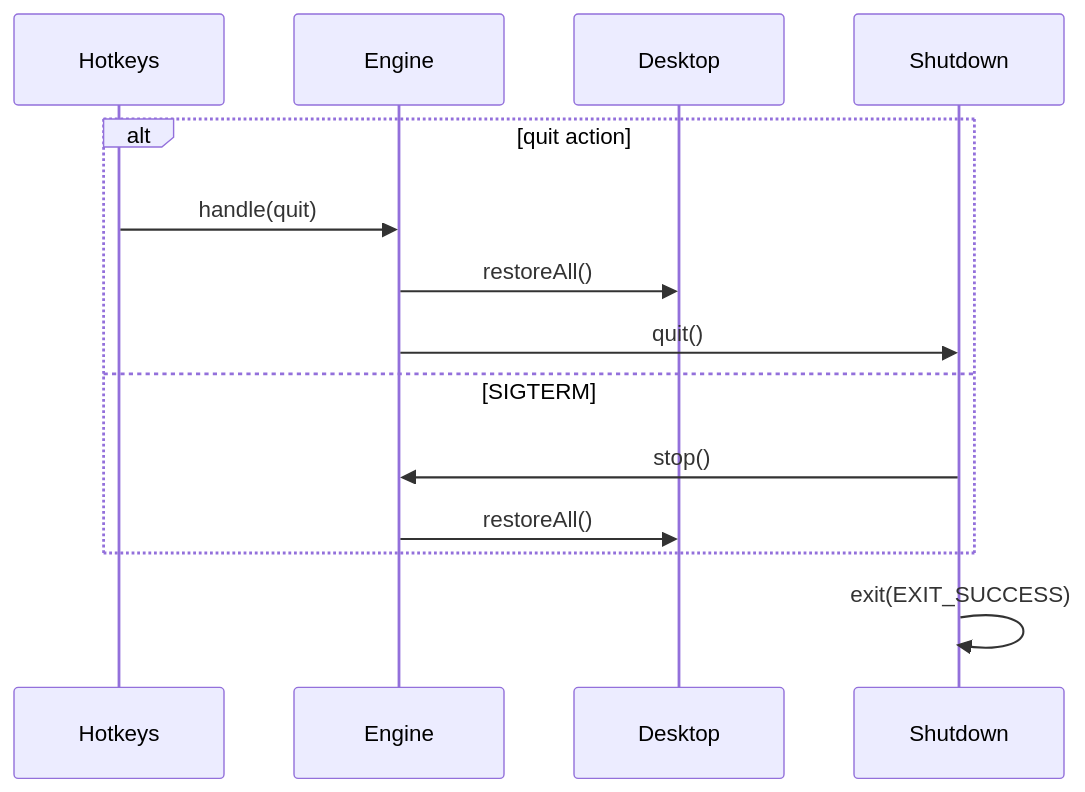
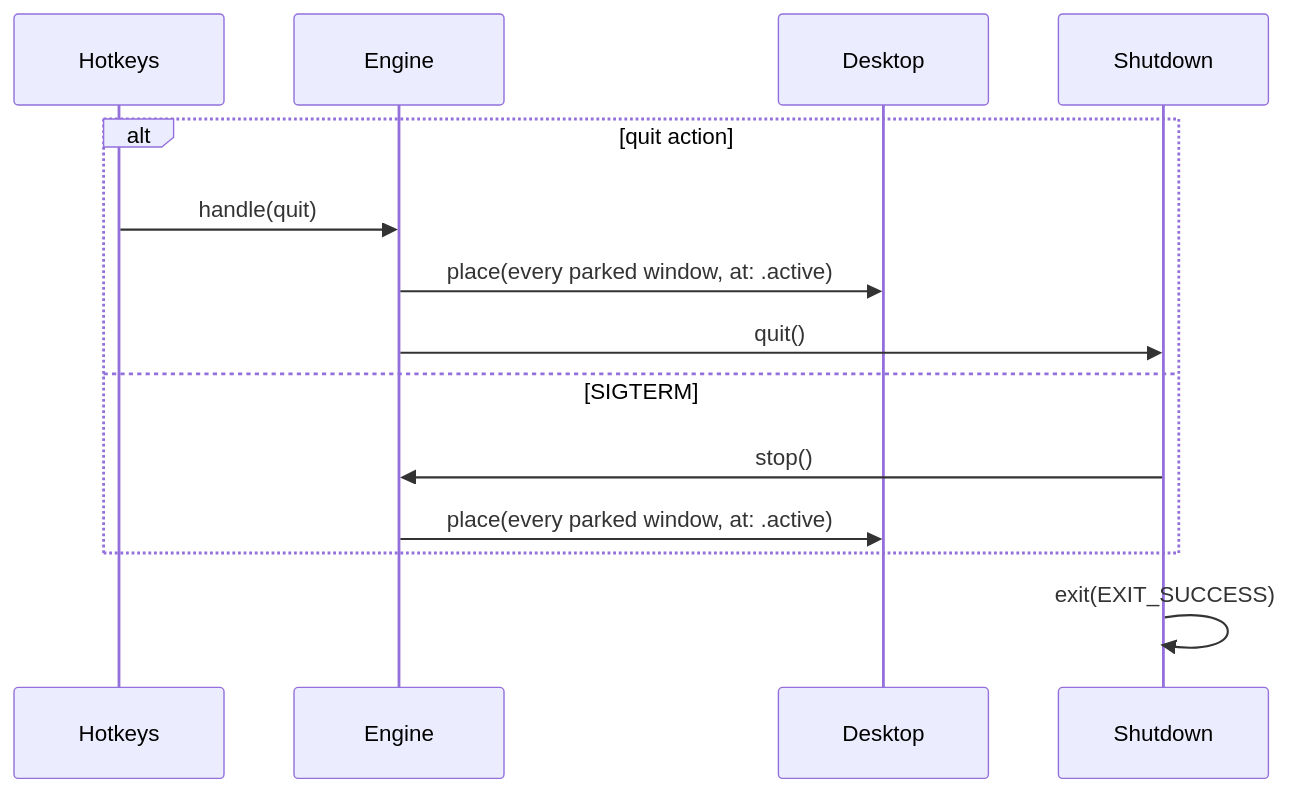
Diagram 14 of 17 in ARCHITECTURE.md (brennovich/ottowm), drawn with Mermaid before and after one commit. The commit also changed other lines of this file and 23 other files, not shown here.

First line of the commit message:
Move the parked window state into the model

````diff
--- a/ARCHITECTURE.md
+++ b/ARCHITECTURE.md
@@ -280,12 +289,12 @@
 ```mermaid
 sequenceDiagram
     alt quit action
         Hotkeys->>Engine: handle(quit)
-        Engine->>Desktop: restoreAll()
+        Engine->>Desktop: place(every parked window, at: .active)
         Engine->>Shutdown: quit()
     else SIGTERM
         Shutdown->>Engine: stop()
-        Engine->>Desktop: restoreAll()
+        Engine->>Desktop: place(every parked window, at: .active)
     end
     Shutdown->>Shutdown: exit(EXIT_SUCCESS)
 ```
````
